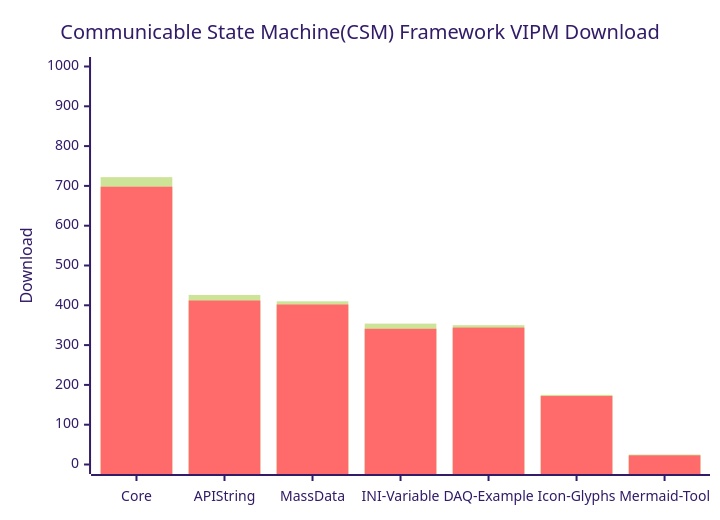
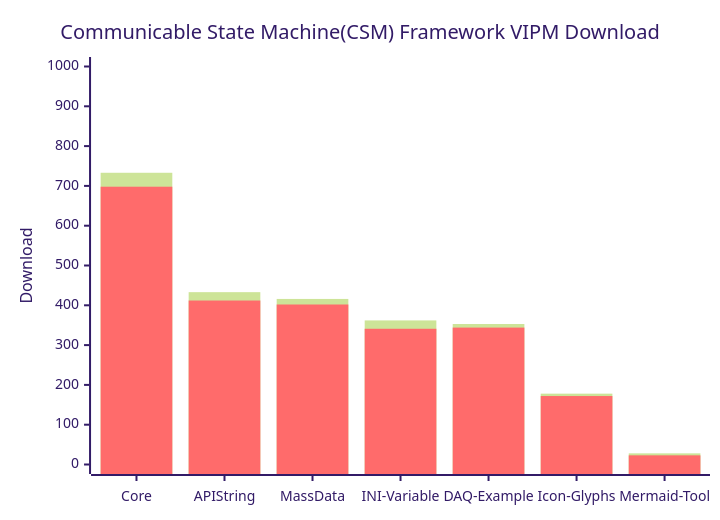
The diagram in profile/README.md (NEVSTOP-LAB/.github), drawn with Mermaid (forest theme) before and after one commit.

````diff
--- a/profile/README.md
+++ b/profile/README.md
@@ -27,8 +27,8 @@
 ```mermaid
     xychart-beta
     title "Communicable State Machine(CSM) Framework VIPM Download"
     x-axis [Core, API String, MassData, INI-Variable, DAQ-Example, Icon-Glyphs, Mermaid-Tool]
     y-axis "Download" 0 --> 1000
-    bar   [722, 426, 410, 354, 350, 175, 25]
+    bar   [733, 433, 416, 362, 353, 178, 28]
     bar   [698, 412, 402, 341, 344, 172, 23]
 ```
````
